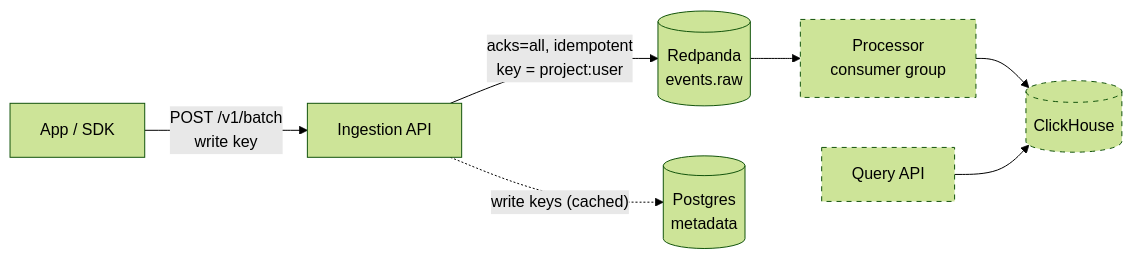
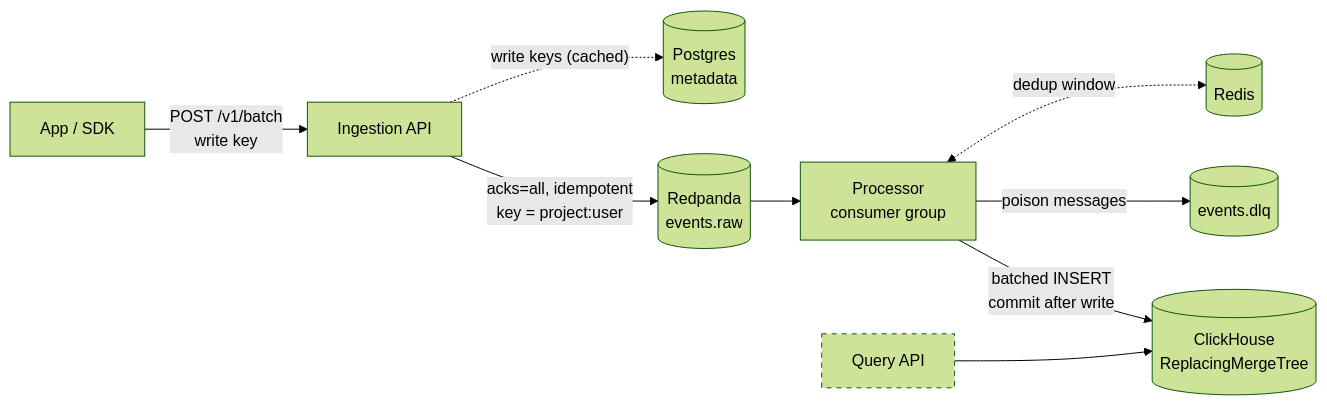
Before and after one commit to shivam06062003/event-analytics: the diagram in README.md, drawn with Mermaid (forest theme). The commit also changed other lines of this file and 23 other files, not shown here.

````diff
--- a/README.md
+++ b/README.md
@@ -14,11 +14,13 @@
 ```mermaid
 flowchart LR
     SDK[App / SDK] -- "POST /v1/batch<br/>write key" --> API[Ingestion API]
     API -- "acks=all, idempotent<br/>key = project:user" --> K[(Redpanda<br/>events.raw)]
     K --> P[Processor<br/>consumer group]
-    P --> CH[(ClickHouse)]
+    P -- "batched INSERT<br/>commit after write" --> CH[(ClickHouse<br/>ReplacingMergeTree)]
+    P -- "poison messages" --> DLQ[(events.dlq)]
+    P <-. "dedup window" .-> R[(Redis)]
     Q[Query API] --> CH
     API -. "write keys (cached)" .-> PG[(Postgres<br/>metadata)]
     classDef next stroke-dasharray: 5 5
-    class P,CH,Q next
+    class Q next
 ```
````
